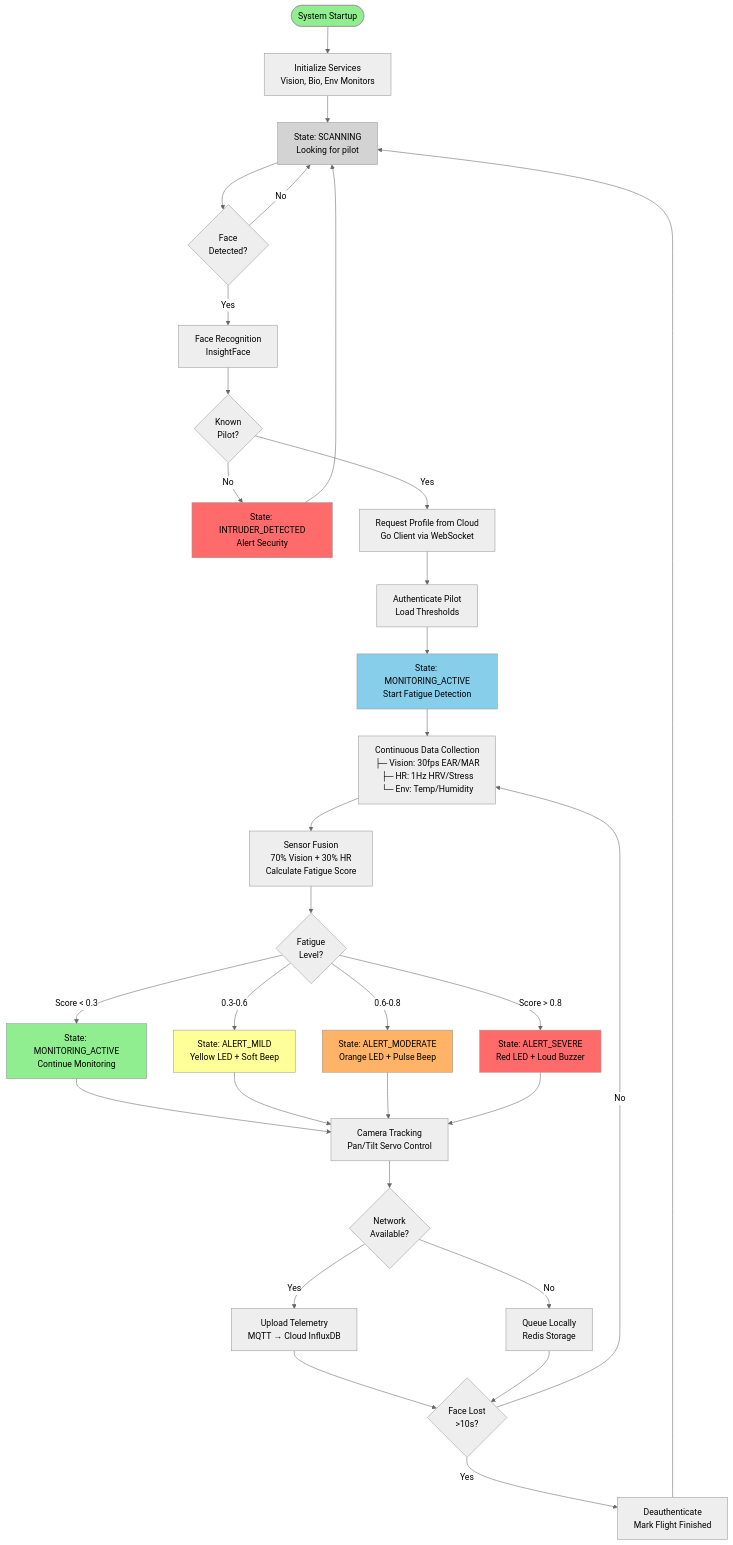
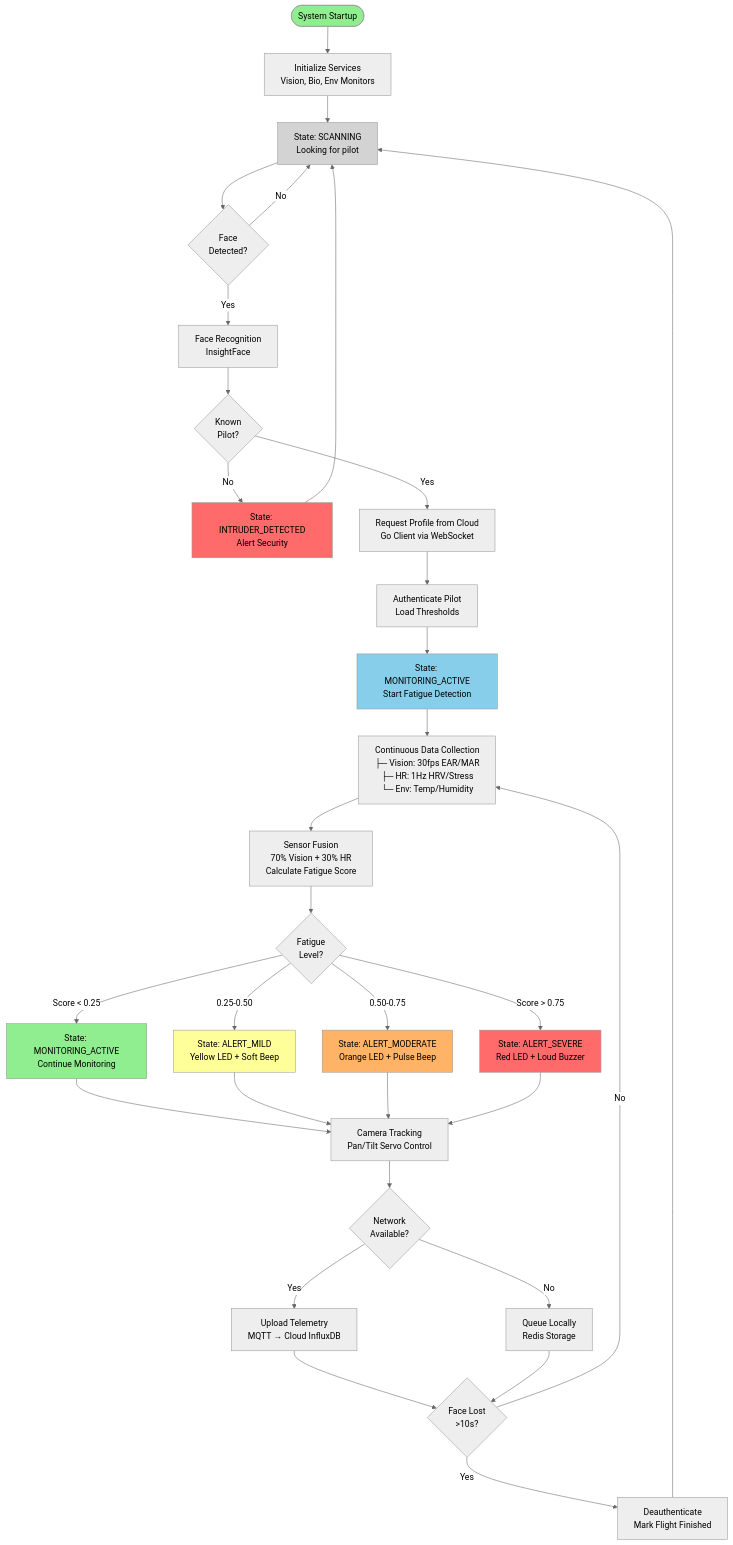
Before and after one commit to jeremiafourie/cogniflight-edge: the third of 3 diagrams in docs/presentation-structure.md, drawn with Mermaid (neutral theme). The commit also changed other lines of this file, not shown here.

````diff
--- a/docs/presentation-structure.md
+++ b/docs/presentation-structure.md
@@ -325,56 +332,56 @@
 ```mermaid
 flowchart TD
     Start([System Startup]) --> Init[Initialize Services<br/>Vision, Bio, Env Monitors]
     Init --> Scanning[State: SCANNING<br/>Looking for pilot]
 
     Scanning --> FaceDetect{Face<br/>Detected?}
     FaceDetect -->|No| Scanning
     FaceDetect -->|Yes| Recognize[Face Recognition<br/>InsightFace]
 
     Recognize --> Known{Known<br/>Pilot?}
     Known -->|No| Intruder[State: INTRUDER_DETECTED<br/>Alert Security]
     Intruder --> Scanning
 
     Known -->|Yes| FetchProfile[Request Profile from Cloud<br/>Go Client via WebSocket]
     FetchProfile --> Authenticate[Authenticate Pilot<br/>Load Thresholds]
 
     Authenticate --> Monitor[State: MONITORING_ACTIVE<br/>Start Fatigue Detection]
 
     Monitor --> Collect[Continuous Data Collection<br/>├─ Vision: 30fps EAR/MAR<br/>├─ HR: 1Hz HRV/Stress<br/>└─ Env: Temp/Humidity]
 
     Collect --> Fusion[Sensor Fusion<br/>70% Vision + 30% HR<br/>Calculate Fatigue Score]
 
     Fusion --> Classify{Fatigue<br/>Level?}
 
-    Classify -->|Score < 0.3| Active[State: MONITORING_ACTIVE<br/>Continue Monitoring]
-    Classify -->|0.3-0.6| Mild[State: ALERT_MILD<br/>Yellow LED + Soft Beep]
-    Classify -->|0.6-0.8| Moderate[State: ALERT_MODERATE<br/>Orange LED + Pulse Beep]
-    Classify -->|Score > 0.8| Severe[State: ALERT_SEVERE<br/>Red LED + Loud Buzzer]
+    Classify -->|Score < 0.25| Active[State: MONITORING_ACTIVE<br/>Continue Monitoring]
+    Classify -->|0.25-0.50| Mild[State: ALERT_MILD<br/>Yellow LED + Soft Beep]
+    Classify -->|0.50-0.75| Moderate[State: ALERT_MODERATE<br/>Orange LED + Pulse Beep]
+    Classify -->|Score > 0.75| Severe[State: ALERT_SEVERE<br/>Red LED + Loud Buzzer]
 
     Active --> Track
     Mild --> Track
     Moderate --> Track
     Severe --> Track
 
     Track[Camera Tracking<br/>Pan/Tilt Servo Control] --> Telemetry{Network<br/>Available?}
 
     Telemetry -->|Yes| Upload[Upload Telemetry<br/>MQTT → Cloud InfluxDB]
     Telemetry -->|No| Store[Queue Locally<br/>Redis Storage]
 
     Upload --> FaceLost
     Store --> FaceLost
 
     FaceLost{Face Lost<br/>>10s?}
     FaceLost -->|No| Collect
     FaceLost -->|Yes| Deauth[Deauthenticate<br/>Mark Flight Finished]
     Deauth --> Scanning
 
     style Start fill:#90EE90
     style Monitor fill:#87CEEB
     style Active fill:#90EE90
     style Mild fill:#FFFF99
     style Moderate fill:#FFB366
     style Severe fill:#FF6B6B
     style Intruder fill:#FF6B6B
     style Scanning fill:#D3D3D3
 ```
````
